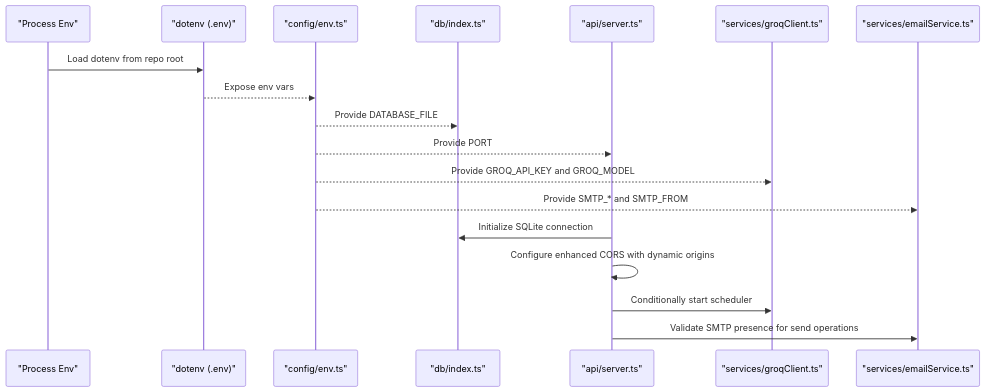
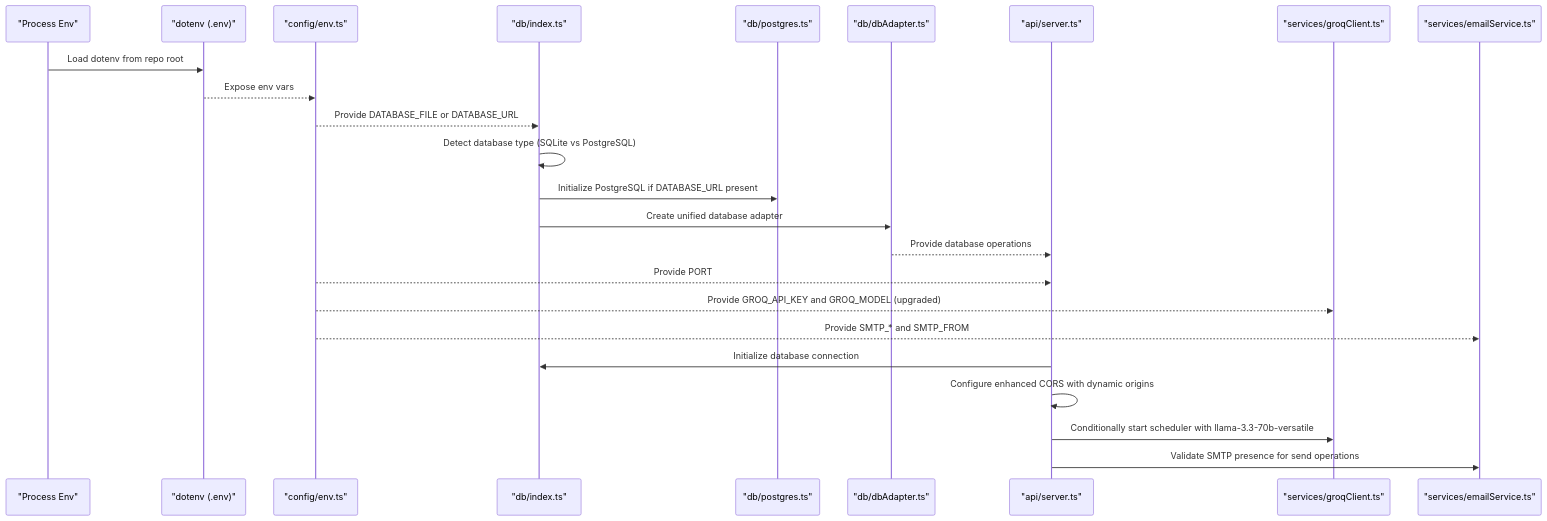
One commit to aravinthraj-ramalingam/Groww-App-Review-Insights-Analyzer- changed the second of 4 diagrams in .qoder/repowiki/en/content/Configuration Management.md. Above: the diagram before and after it, drawn with Mermaid. The commit also changed other lines of this file and 10 other files, not shown here.

````diff
--- a/.qoder/repowiki/en/content/Configuration Management.md
+++ b/.qoder/repowiki/en/content/Configuration Management.md
@@ -138,20 +155,26 @@
 ```mermaid
 sequenceDiagram
 participant Proc as "Process Env"
 participant Dotenv as "dotenv (.env)"
 participant Cfg as "config/env.ts"
 participant DB as "db/index.ts"
+participant PG as "db/postgres.ts"
+participant Adapter as "db/dbAdapter.ts"
 participant API as "api/server.ts"
 participant Groq as "services/groqClient.ts"
 participant Email as "services/emailService.ts"
 Proc->>Dotenv : Load dotenv from repo root
 Dotenv-->>Cfg : Expose env vars
-Cfg-->>DB : Provide DATABASE_FILE
+Cfg-->>DB : Provide DATABASE_FILE or DATABASE_URL
+DB->>DB : Detect database type (SQLite vs PostgreSQL)
+DB->>PG : Initialize PostgreSQL if DATABASE_URL present
+DB->>Adapter : Create unified database adapter
+Adapter-->>API : Provide database operations
 Cfg-->>API : Provide PORT
-Cfg-->>Groq : Provide GROQ_API_KEY and GROQ_MODEL
+Cfg-->>Groq : Provide GROQ_API_KEY and GROQ_MODEL (upgraded)
 Cfg-->>Email : Provide SMTP_* and SMTP_FROM
-API->>DB : Initialize SQLite connection
+API->>DB : Initialize database connection
 API->>API : Configure enhanced CORS with dynamic origins
-API->>Groq : Conditionally start scheduler
+API->>Groq : Conditionally start scheduler with llama-3.3-70b-versatile
 API->>Email : Validate SMTP presence for send operations
 ```
````
